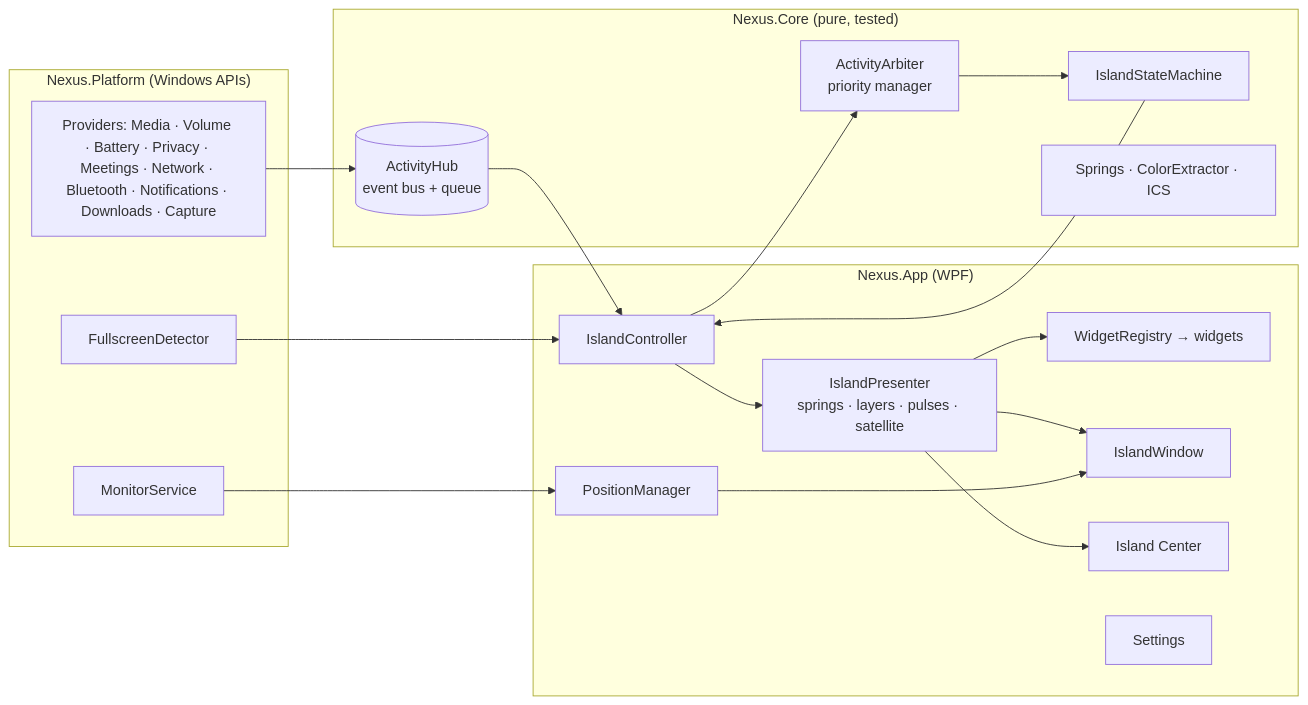
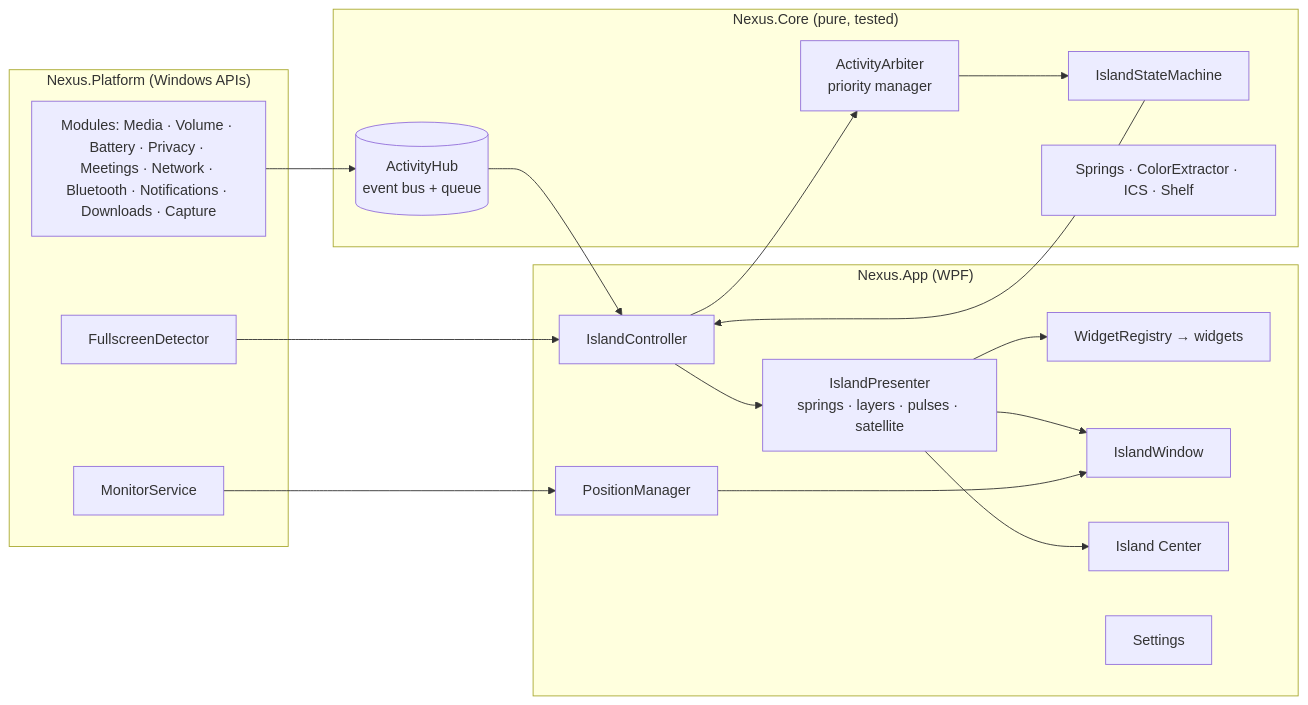
One commit to Kareemsss/nexus-windows changed the diagram in README.md. Above: the diagram before and after it, drawn with Mermaid. The commit also changed other lines of this file and 3 other files, not shown here.

````diff
--- a/README.md
+++ b/README.md
@@ -184,28 +192,28 @@
 ```mermaid
 flowchart LR
   subgraph Platform["Nexus.Platform (Windows APIs)"]
-    P[Providers: Media · Volume · Battery · Privacy · Meetings · Network · Bluetooth · Notifications · Downloads · Capture]
+    P[Modules: Media · Volume · Battery · Privacy · Meetings · Network · Bluetooth · Notifications · Downloads · Capture]
     FS[FullscreenDetector]
     MS[MonitorService]
   end
   subgraph Core["Nexus.Core (pure, tested)"]
     HUB[(ActivityHub<br/>event bus + queue)]
     ARB[ActivityArbiter<br/>priority manager]
     SM[IslandStateMachine]
-    M[Springs · ColorExtractor · ICS]
+    M[Springs · ColorExtractor · ICS · Shelf]
   end
   subgraph App["Nexus.App (WPF)"]
     CTL[IslandController]
     PRE[IslandPresenter<br/>springs · layers · pulses · satellite]
     WR[WidgetRegistry → widgets]
     WIN[IslandWindow]
     CEN[Island Center]
     SET[Settings]
     POS[PositionManager]
   end
   P --> HUB --> CTL --> ARB --> SM --> CTL --> PRE --> WIN
   PRE --> WR
   PRE --> CEN
   FS --> CTL
   MS --> POS --> WIN
 ```
````
